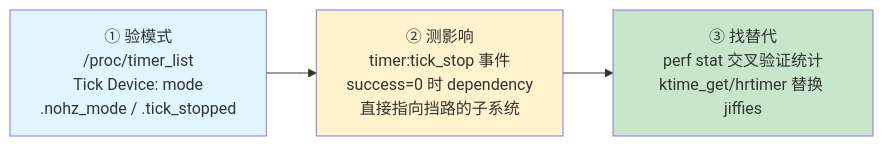
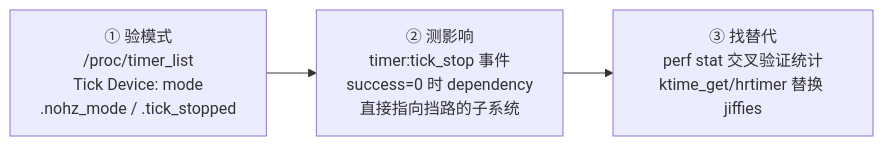
One commit to xiaohong0925/Embedded_Knowledge_System_V2026 changed the diagram in docs/02-核心机制深度解析/第10章 中断与时间/10.6.4_tickless副作用与调试.md. Above: the diagram before and after it, drawn with Mermaid. The commit also changed other lines of this file and 10 other files, not shown here.

````diff
--- a/docs/02-核心机制深度解析/第10章 中断与时间/10.6.4_tickless副作用与调试.md
+++ b/docs/02-核心机制深度解析/第10章 中断与时间/10.6.4_tickless副作用与调试.md
@@ -82,8 +64,5 @@
 ```mermaid
 flowchart LR
     A["① 验模式<br/>/proc/timer_list<br/>Tick Device: mode<br/>.nohz_mode / .tick_stopped"] --> B["② 测影响<br/>timer:tick_stop 事件<br/>success=0 时 dependency<br/>直接指向挡路的子系统"]
     B --> C["③ 找替代<br/>perf stat 交叉验证统计<br/>ktime_get/hrtimer 替换 jiffies"]
-    style A fill:#e1f5fe
-    style B fill:#fff3cd
-    style C fill:#c8e6c9
 ```
````
